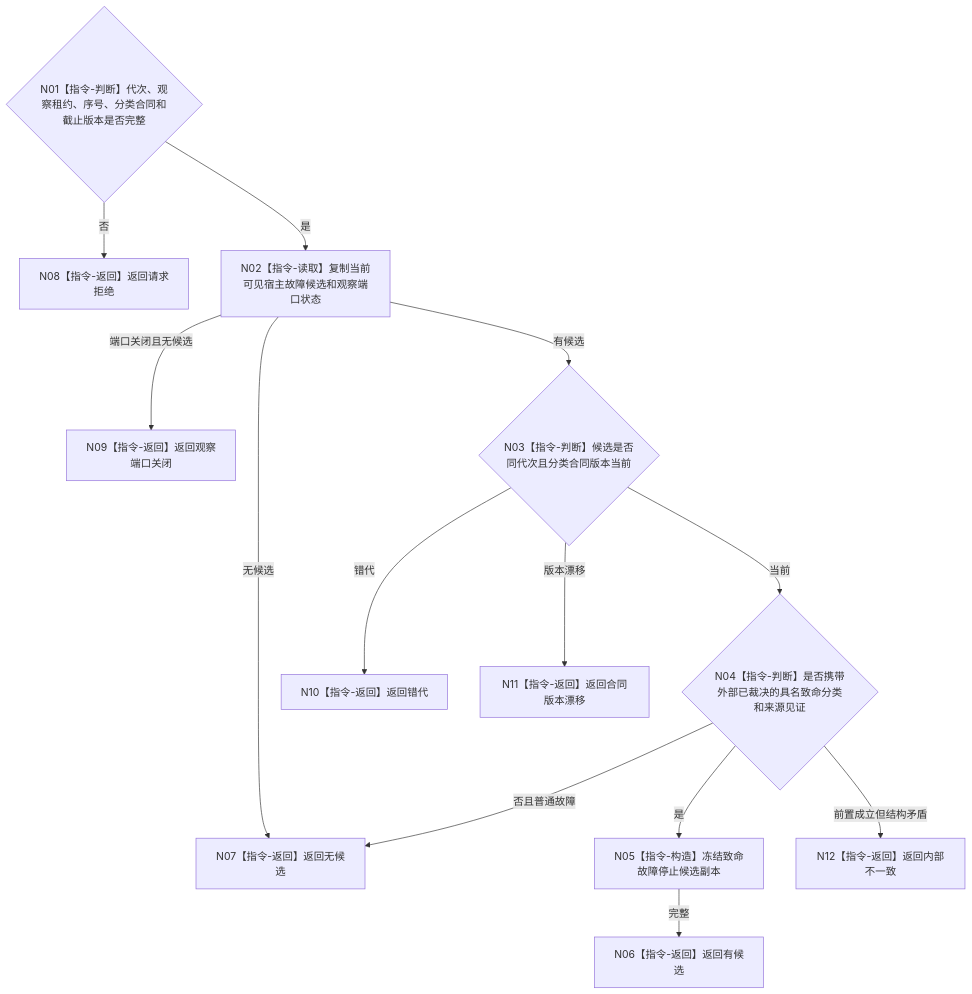
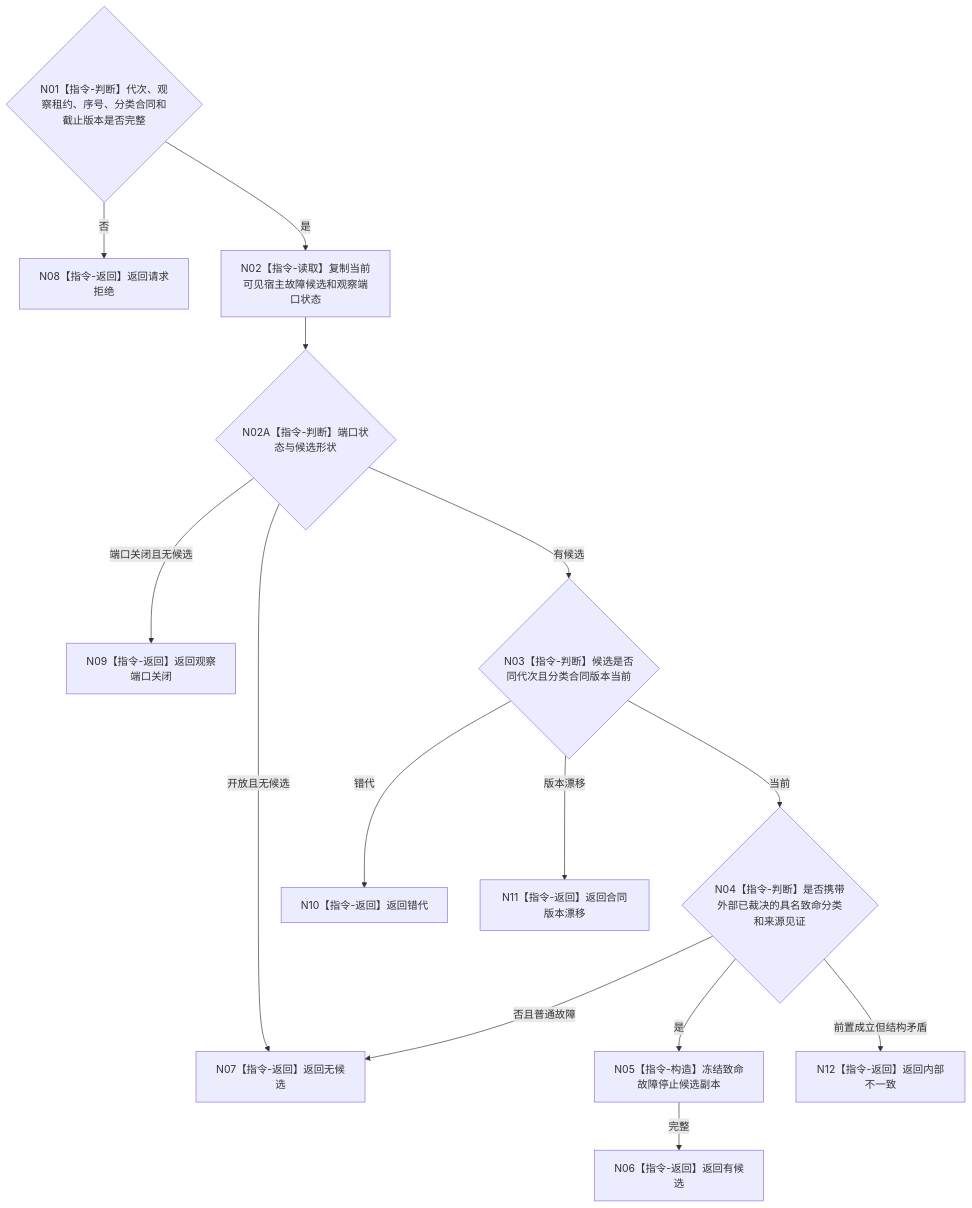
Before and after one commit to chunhaizh-cyber/HY-Ego: the diagram in 流程图/目标业务流程图/L4/BIZ-L4-001-10-01-03_读取致命线程故障停止候选_目标函数流程图_v0.1.md, drawn with Mermaid. The commit also changed other lines of this file and 13 other files, not shown here.

````diff
--- a/流程图/目标业务流程图/L4/BIZ-L4-001-10-01-03_读取致命线程故障停止候选_目标函数流程图_v0.1.md
+++ b/流程图/目标业务流程图/L4/BIZ-L4-001-10-01-03_读取致命线程故障停止候选_目标函数流程图_v0.1.md
@@ -30,15 +30,16 @@
 ```mermaid
 flowchart TD
  N01{"N01【指令-判断】代次、观察租约、序号、分类合同和截止版本是否完整"} -->|否| N08["N08【指令-返回】返回请求拒绝"]
  N01 -->|是| N02["N02【指令-读取】复制当前可见宿主故障候选和观察端口状态"]
- N02 -->|端口关闭且无候选| N09["N09【指令-返回】返回观察端口关闭"]
- N02 -->|无候选| N07["N07【指令-返回】返回无候选"]
- N02 -->|有候选| N03{"N03【指令-判断】候选是否同代次且分类合同版本当前"}
+ N02 --> N02A{"N02A【指令-判断】端口状态与候选形状"}
+ N02A -->|端口关闭且无候选| N09["N09【指令-返回】返回观察端口关闭"]
+ N02A -->|开放且无候选| N07["N07【指令-返回】返回无候选"]
+ N02A -->|有候选| N03{"N03【指令-判断】候选是否同代次且分类合同版本当前"}
  N03 -->|错代| N10["N10【指令-返回】返回错代"]
  N03 -->|版本漂移| N11["N11【指令-返回】返回合同版本漂移"]
  N03 -->|当前| N04{"N04【指令-判断】是否携带外部已裁决的具名致命分类和来源见证"}
  N04 -->|否且普通故障| N07
  N04 -->|是| N05["N05【指令-构造】冻结致命故障停止候选副本"]
  N05 -->|完整| N06["N06【指令-返回】返回有候选"]
  N04 -->|前置成立但结构矛盾| N12["N12【指令-返回】返回内部不一致"]
 ```
````
